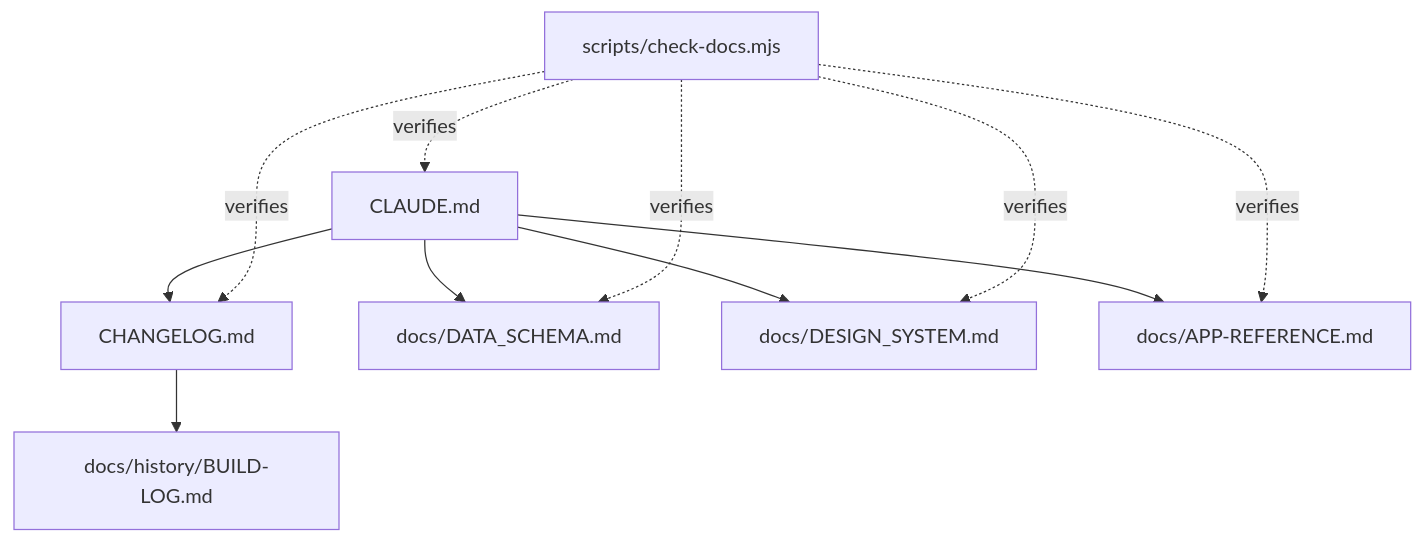
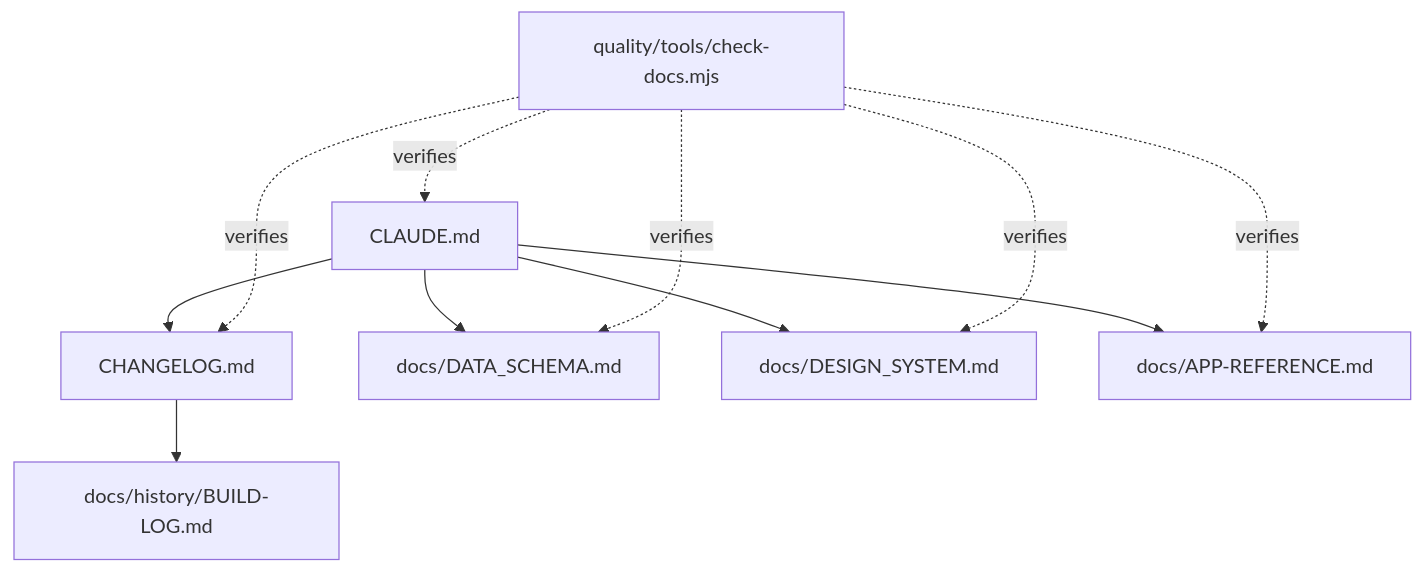
Before and after one commit to InesPatricia/Mi-Dia-App: the diagram in README.md, drawn with Mermaid. The commit also changed other lines of this file and 81 other files, not shown here.

````diff
--- a/README.md
+++ b/README.md
@@ -227,14 +251,14 @@
 ```mermaid
 flowchart TB
     ROUTER["CLAUDE.md"]
     ROUTER --> LOG["CHANGELOG.md"]
     LOG --> ARCHIVE["docs/history/BUILD-LOG.md"]
     ROUTER --> SCHEMA["docs/DATA_SCHEMA.md"]
     ROUTER --> DESIGN["docs/DESIGN_SYSTEM.md"]
     ROUTER --> REF["docs/APP-REFERENCE.md"]
-    GATE["scripts/check-docs.mjs"] -. verifies .-> ROUTER
+    GATE["quality/tools/check-docs.mjs"] -. verifies .-> ROUTER
     GATE -. verifies .-> SCHEMA
     GATE -. verifies .-> DESIGN
     GATE -. verifies .-> REF
     GATE -. verifies .-> LOG
 ```
````
